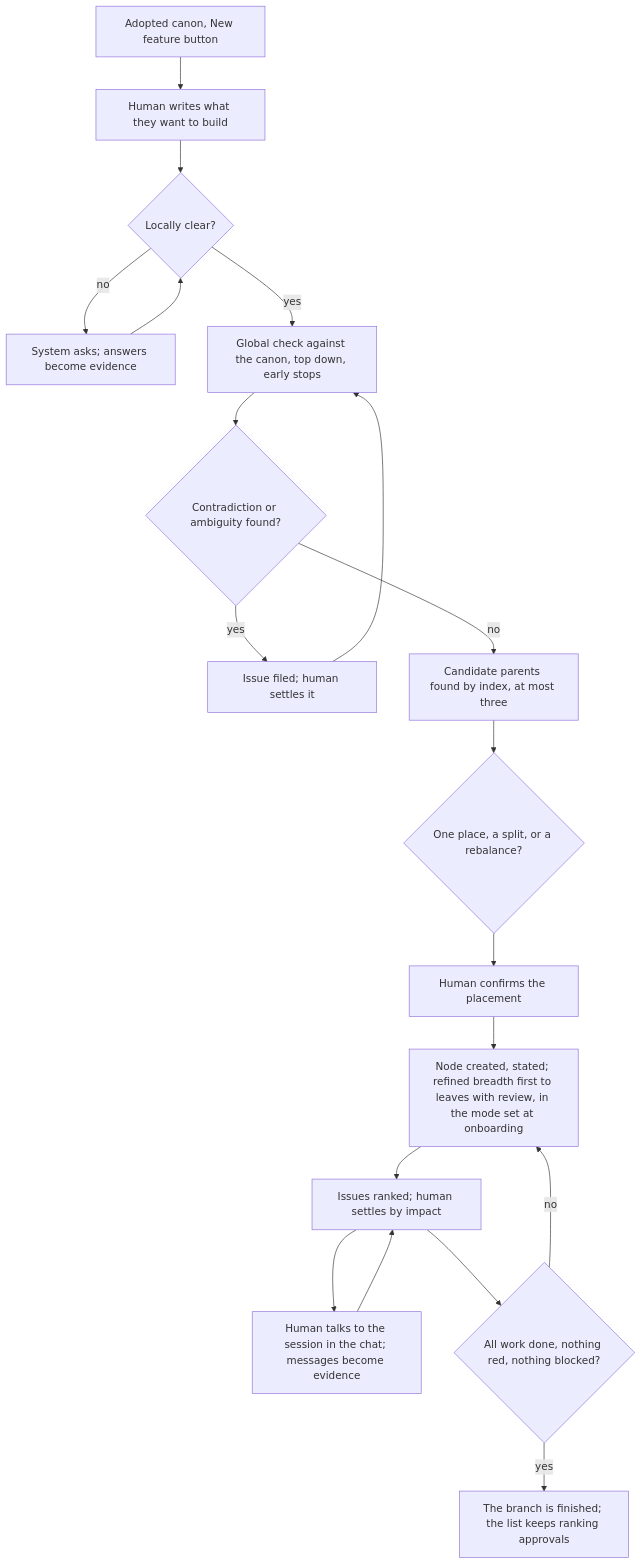
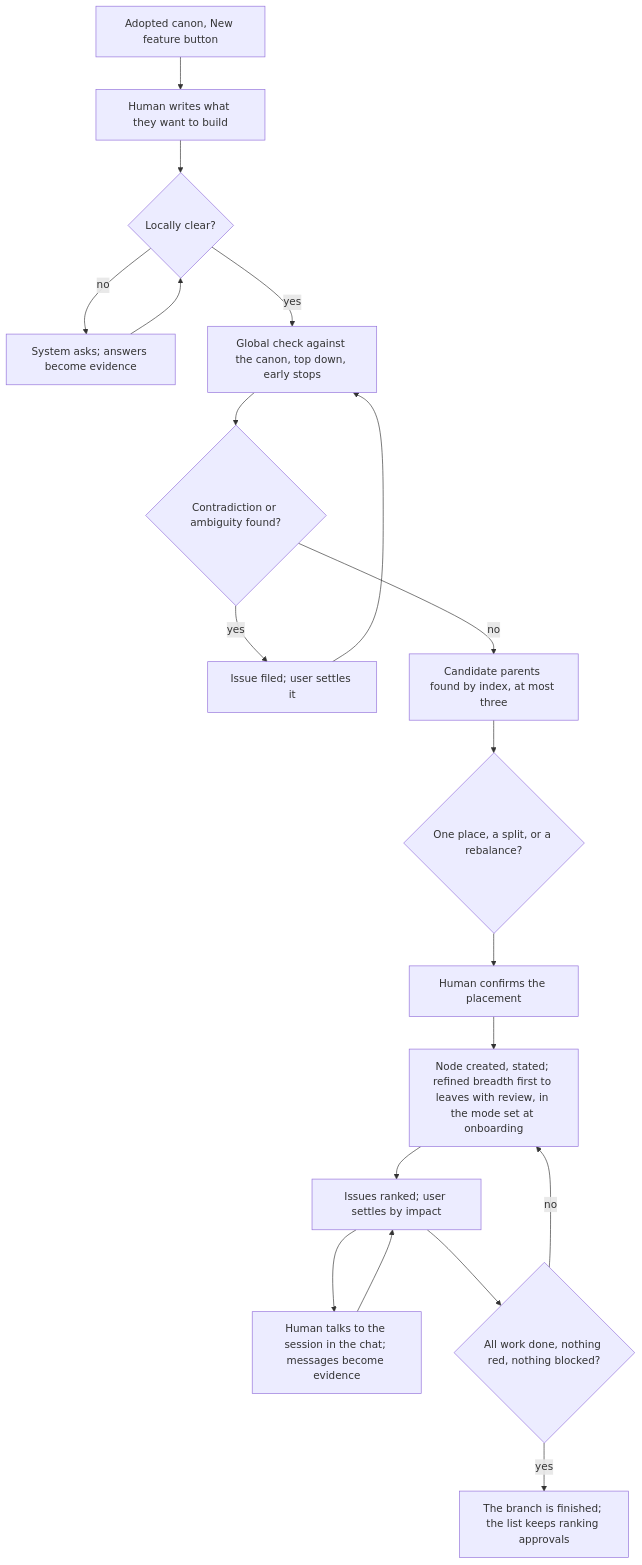
The diagram in canon/journeys/JRN-5-adding-a-feature.md (Althis/headcanon), drawn with Mermaid before and after one commit. The commit also changed other lines of this file and 157 other files, not shown here.

````diff
--- a/canon/journeys/JRN-5-adding-a-feature.md
+++ b/canon/journeys/JRN-5-adding-a-feature.md
@@ -12,19 +12,19 @@
 ```mermaid
 flowchart TD
     S1[Adopted canon, New feature button] --> S2[Human writes what they want to build]
     S2 --> S3{Locally clear?}
     S3 -- no --> S4[System asks; answers become evidence] --> S3
     S3 -- yes --> S5[Global check against the canon, top down, early stops]
     S5 --> S6{Contradiction or ambiguity found?}
-    S6 -- yes --> S7[Issue filed; human settles it] --> S5
+    S6 -- yes --> S7[Issue filed; user settles it] --> S5
     S6 -- no --> S8[Candidate parents found by index, at most three]
     S8 --> S9{One place, a split, or a rebalance?}
     S9 --> S10[Human confirms the placement]
     S10 --> S11[Node created, stated; refined breadth first to leaves with review, in the mode set at onboarding]
-    S11 --> S12[Issues ranked; human settles by impact]
+    S11 --> S12[Issues ranked; user settles by impact]
     S12 --> S15[Human talks to the session in the chat; messages become evidence]
     S15 --> S12
     S12 --> S13{All work done, nothing red, nothing blocked?}
     S13 -- no --> S11
     S13 -- yes --> S14[The branch is finished; the list keeps ranking approvals]
 ```
````
